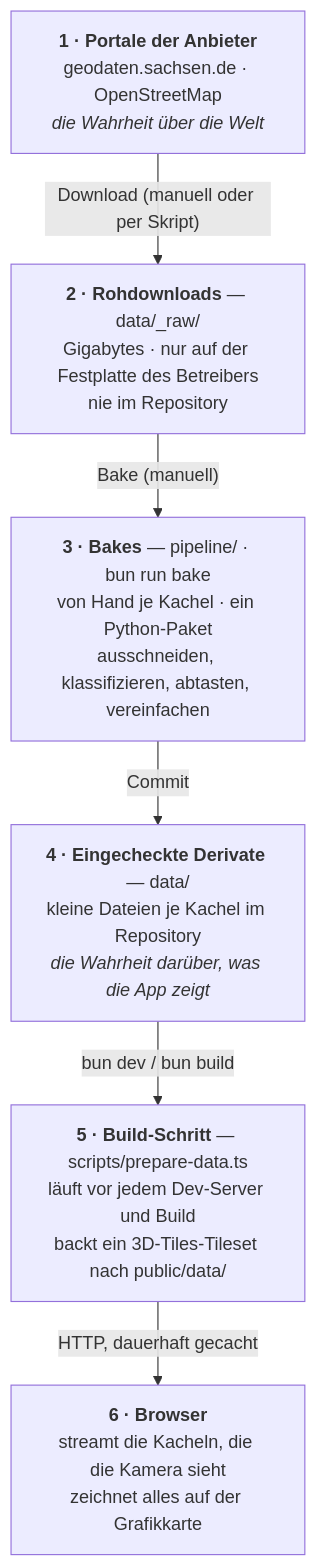
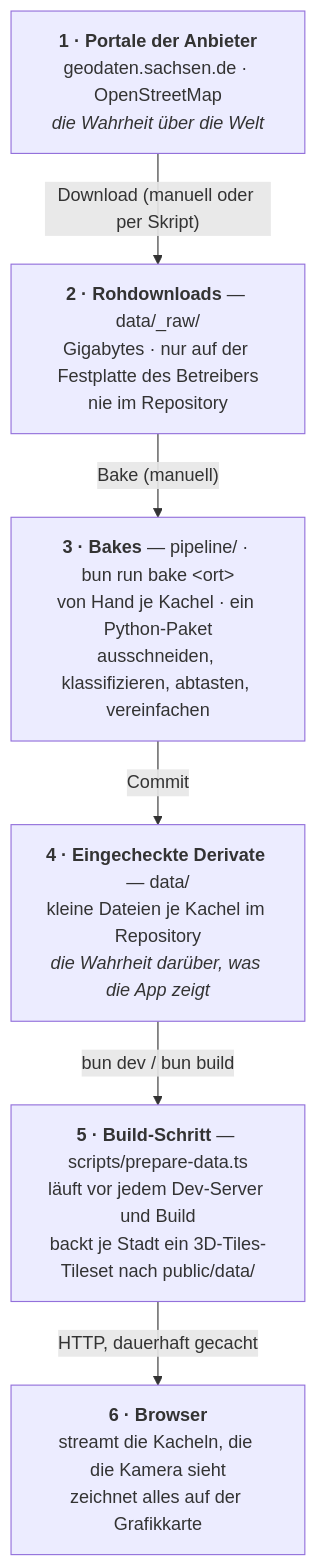
Before and after one commit to mdugue/bridge: the first of 2 diagrams in docs/guide/de/data-journey.md, drawn with Mermaid. The commit also changed other lines of this file and 1448 other files, not shown here.

First line of the commit message:
feat: many sites in one deployment — a route per city, a start page, providers, fetch → bake → build (plan 037)

````diff
--- a/docs/guide/de/data-journey.md
+++ b/docs/guide/de/data-journey.md
@@ -14,14 +14,14 @@
 ```mermaid
 flowchart TB
   S1["<b>1 · Portale der Anbieter</b><br/>geodaten.sachsen.de · OpenStreetMap<br/><i>die Wahrheit über die Welt</i>"]
   S2["<b>2 · Rohdownloads</b> — data/_raw/<br/>Gigabytes · nur auf der Festplatte des Betreibers<br/>nie im Repository"]
-  S3["<b>3 · Bakes</b> — pipeline/ · bun run bake<br/>von Hand je Kachel · ein Python-Paket<br/>ausschneiden, klassifizieren, abtasten, vereinfachen"]
+  S3["<b>3 · Bakes</b> — pipeline/ · bun run bake &lt;ort&gt;<br/>von Hand je Kachel · ein Python-Paket<br/>ausschneiden, klassifizieren, abtasten, vereinfachen"]
   S4["<b>4 · Eingecheckte Derivate</b> — data/<br/>kleine Dateien je Kachel im Repository<br/><i>die Wahrheit darüber, was die App zeigt</i>"]
-  S5["<b>5 · Build-Schritt</b> — scripts/prepare-data.ts<br/>läuft vor jedem Dev-Server und Build<br/>backt ein 3D-Tiles-Tileset nach public/data/"]
+  S5["<b>5 · Build-Schritt</b> — scripts/prepare-data.ts<br/>läuft vor jedem Dev-Server und Build<br/>backt je Stadt ein 3D-Tiles-Tileset nach public/data/"]
   S6["<b>6 · Browser</b><br/>streamt die Kacheln, die die Kamera sieht<br/>zeichnet alles auf der Grafikkarte"]
   S1 -->|"Download (manuell oder per Skript)"| S2
   S2 -->|"Bake (manuell)"| S3
   S3 -->|"Commit"| S4
   S4 -->|"bun dev / bun build"| S5
   S5 -->|"HTTP, dauerhaft gecacht"| S6
 ```
````
